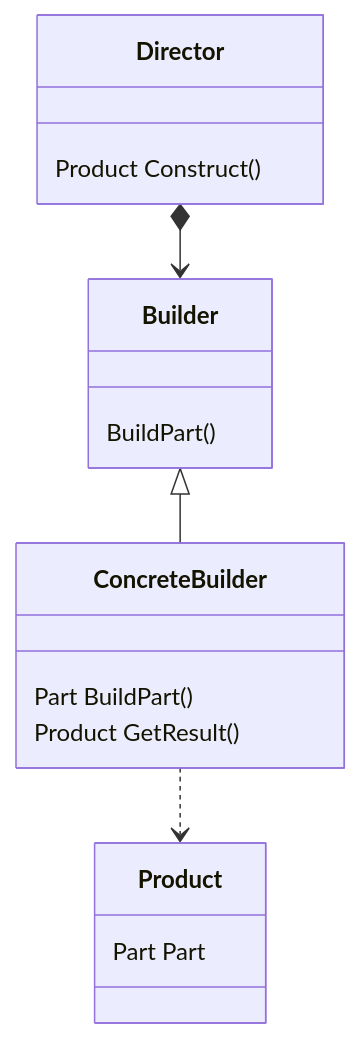
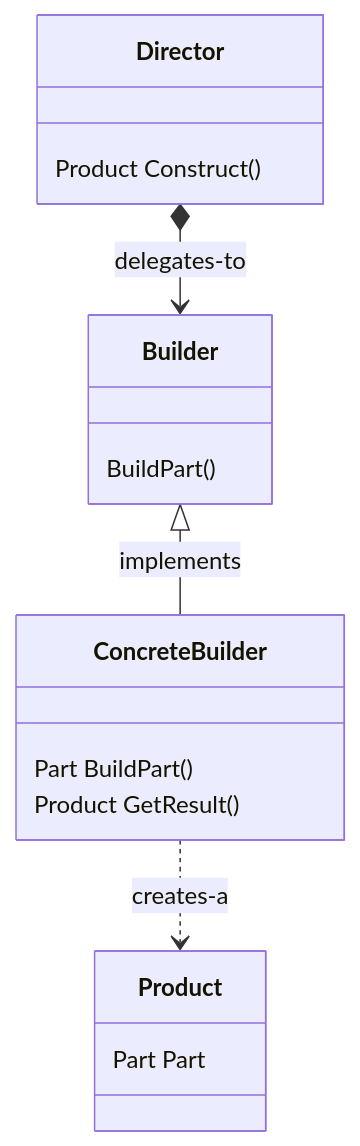
The diagram in builder/README.md (kaiosilveira/design-patterns), drawn with Mermaid before and after one commit. The commit also changed other lines of this file, not shown here.

Commit message:
builder: update README to include VirtualBookshelf

````diff
--- a/builder/README.md
+++ b/builder/README.md
@@ -11,23 +11,23 @@
 ```mermaid
 classDiagram
 class Product {
     Part Part
 }
 
 class Director {
     Product Construct()
 }
 
 class Builder {
     BuildPart()
 }
 
 class ConcreteBuilder {
     Part BuildPart()
     Product GetResult()
 }
 
-Director*-->Builder
-Builder<|--ConcreteBuilder
-ConcreteBuilder..>Product
+Director*-->Builder : delegates-to
+Builder<|--ConcreteBuilder : implements
+ConcreteBuilder..>Product : creates-a
 ```
````
